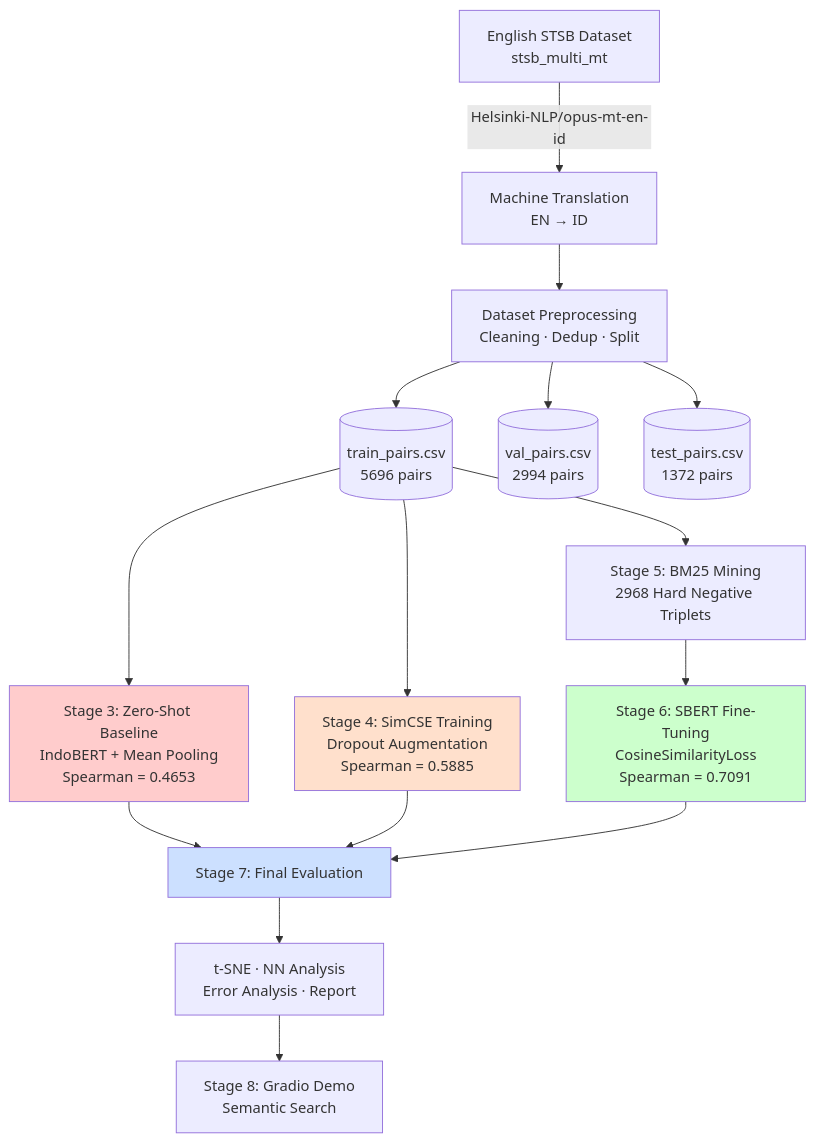
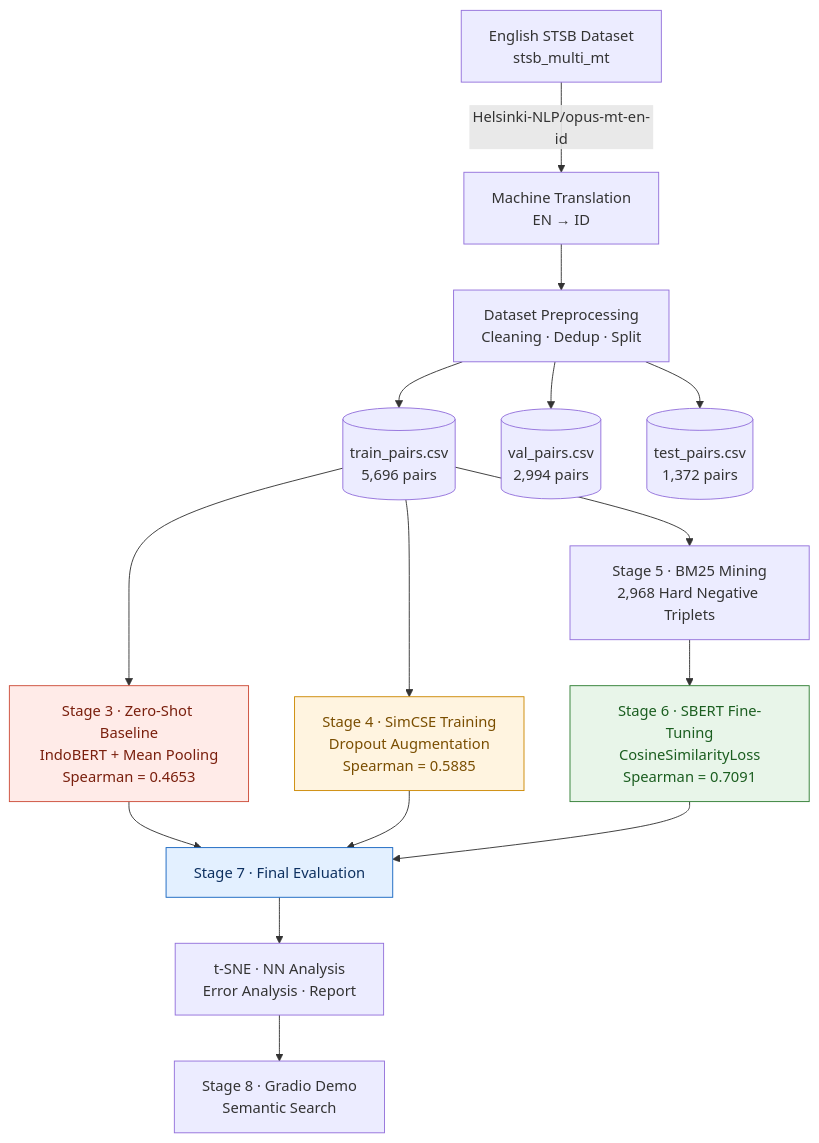
The first of 6 diagrams in README.md (f4tahitsYours/indonesian-sts-embeddings), drawn with Mermaid before and after one commit. The commit also changed other lines of this file, not shown here.

Commit message:
Update section headings and improve diagrams in README

````diff
--- a/README.md
+++ b/README.md
@@ -124,24 +124,29 @@
 ```mermaid
 flowchart TD
-    A[English STSB Dataset\nstsb_multi_mt] -->|Helsinki-NLP/opus-mt-en-id| B[Machine Translation\nEN → ID]
-    B --> C[Dataset Preprocessing\nCleaning · Dedup · Split]
-    C --> D[(train_pairs.csv\n5696 pairs)]
-    C --> E[(val_pairs.csv\n2994 pairs)]
-    C --> F[(test_pairs.csv\n1372 pairs)]
+    A["English STSB Dataset\nstsb_multi_mt"]
+    -->|Helsinki-NLP/opus-mt-en-id| B["Machine Translation\nEN → ID"]
 
-    D --> G[Stage 3: Zero-Shot Baseline\nIndoBERT + Mean Pooling\nSpearman = 0.4653]
-    D --> H[Stage 4: SimCSE Training\nDropout Augmentation\nSpearman = 0.5885]
-    D --> I[Stage 5: BM25 Mining\n2968 Hard Negative Triplets]
-    I --> J[Stage 6: SBERT Fine-Tuning\nCosineSimilarityLoss\nSpearman = 0.7091]
+    B --> C["Dataset Preprocessing\nCleaning · Dedup · Split"]
 
-    G --> K[Stage 7: Final Evaluation]
+    C --> D[("train_pairs.csv\n5,696 pairs")]
+    C --> E[("val_pairs.csv\n2,994 pairs")]
+    C --> F[("test_pairs.csv\n1,372 pairs")]
+
+    D --> G["Stage 3 · Zero-Shot Baseline\nIndoBERT + Mean Pooling\nSpearman = 0.4653"]
+    D --> H["Stage 4 · SimCSE Training\nDropout Augmentation\nSpearman = 0.5885"]
+    D --> I["Stage 5 · BM25 Mining\n2,968 Hard Negative Triplets"]
+
+    I --> J["Stage 6 · SBERT Fine-Tuning\nCosineSimilarityLoss\nSpearman = 0.7091"]
+
+    G --> K["Stage 7 · Final Evaluation"]
     H --> K
     J --> K
-    K --> L[t-SNE · NN Analysis\nError Analysis · Report]
-    L --> M[Stage 8: Gradio Demo\nSemantic Search]
 
-    style G fill:#ffcccc
-    style H fill:#ffe0cc
-    style J fill:#ccffcc
-    style K fill:#cce0ff
+    K --> L["t-SNE · NN Analysis\nError Analysis · Report"]
+    L --> M["Stage 8 · Gradio Demo\nSemantic Search"]
+
+    style G fill:#FFEBE8,stroke:#CC4B37,color:#7A1F0D
+    style H fill:#FFF4E0,stroke:#CC8800,color:#7A4E00
+    style J fill:#E8F5E9,stroke:#2E7D32,color:#1B5E20
+    style K fill:#E3F0FF,stroke:#1565C0,color:#0D3060
 ```
````
